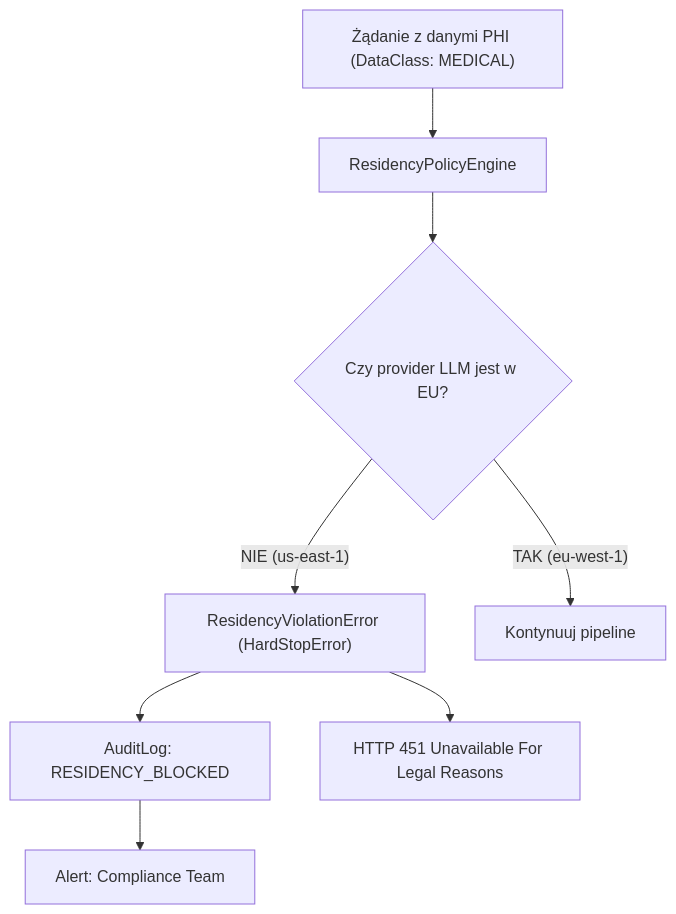
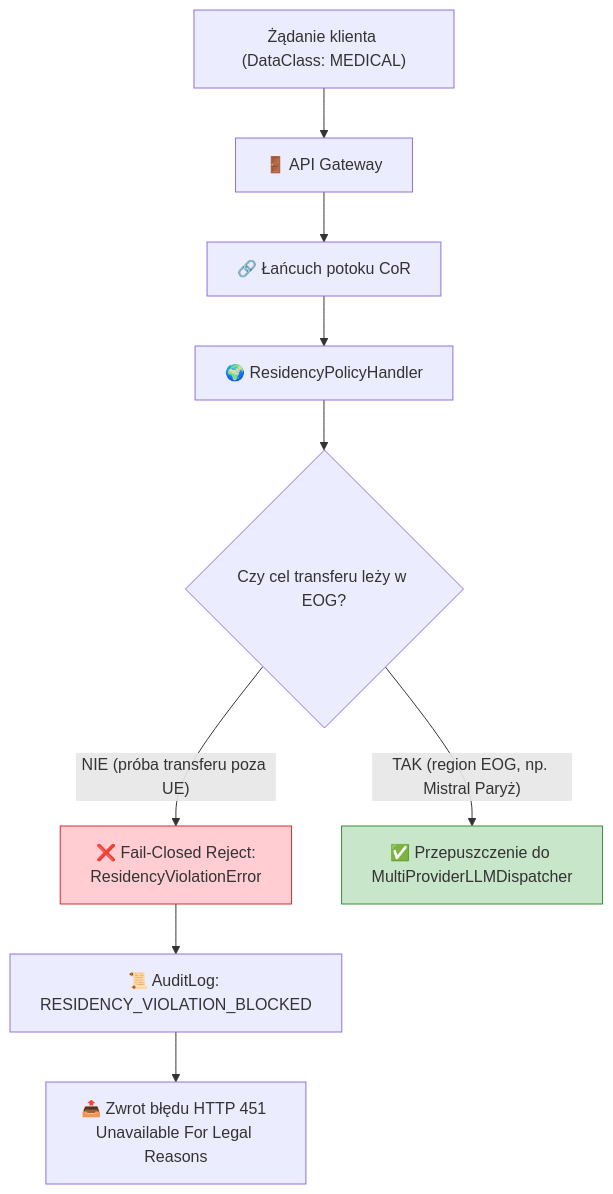
Before and after one commit to gniewekk/Privacy-Preserving-Context-Pipeline-for-LLMs-DP: the third of 5 diagrams in ARCHITECTURE.md, drawn with Mermaid. The commit also changed other lines of this file and 1 other file, not shown here.

````diff
--- a/ARCHITECTURE.md
+++ b/ARCHITECTURE.md
@@ -571,10 +482,16 @@
 ```mermaid
 flowchart TD
-    A["Żądanie z danymi PHI (DataClass: MEDICAL)"] --> B
-    B["ResidencyPolicyEngine"] --> C{Czy provider LLM jest w EU?}
-    C -->|"NIE (us-east-1)"| D["ResidencyViolationError (HardStopError)"]
-    C -->|"TAK (eu-west-1)"| E["Kontynuuj pipeline"]
-    D --> F["AuditLog: RESIDENCY_BLOCKED"]
-    D --> G["HTTP 451 Unavailable For Legal Reasons"]
-    F --> H["Alert: Compliance Team"]
+    Req["Żądanie klienta (DataClass: MEDICAL)"] --> APIGW["🚪 API Gateway"]
+    APIGW --> CoR["🔗 Łańcuch potoku CoR"]
+    CoR --> ResHandler["🌍 ResidencyPolicyHandler"]
+    
+    ResHandler --> Check{Czy cel transferu leży w EOG?}
+    Check -->|"NIE (próba transferu poza UE)"| Block["❌ Fail-Closed Reject:\nResidencyViolationError"]
+    Check -->|"TAK (region EOG, np. Mistral Paryż)"| Allow["✅ Przepuszczenie do MultiProviderLLMDispatcher"]
+
+    Block --> Audit["📜 AuditLog: RESIDENCY_VIOLATION_BLOCKED"]
+    Audit --> Resp["📤 Zwrot błędu HTTP 451 Unavailable For Legal Reasons"]
+
+    style Block fill:#ffcdd2,stroke:#d32f2f
+    style Allow fill:#c8e6c9,stroke:#388e3c
 ```
````
